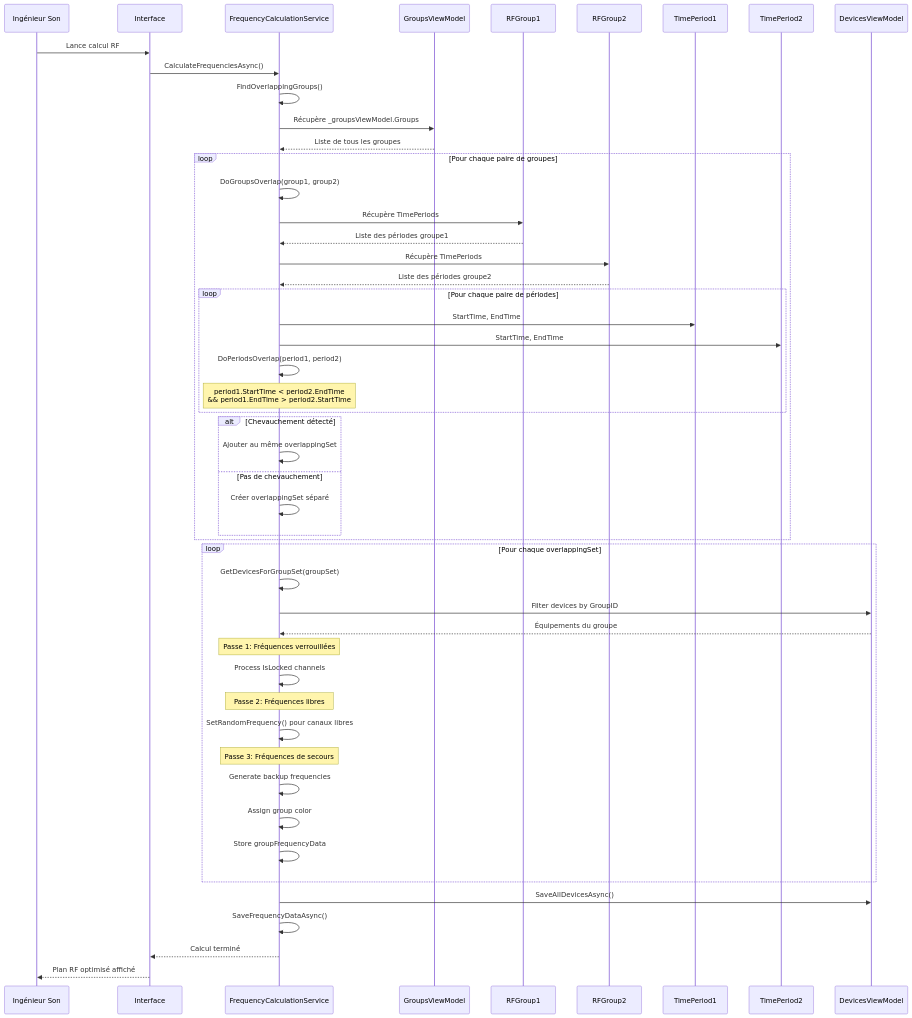
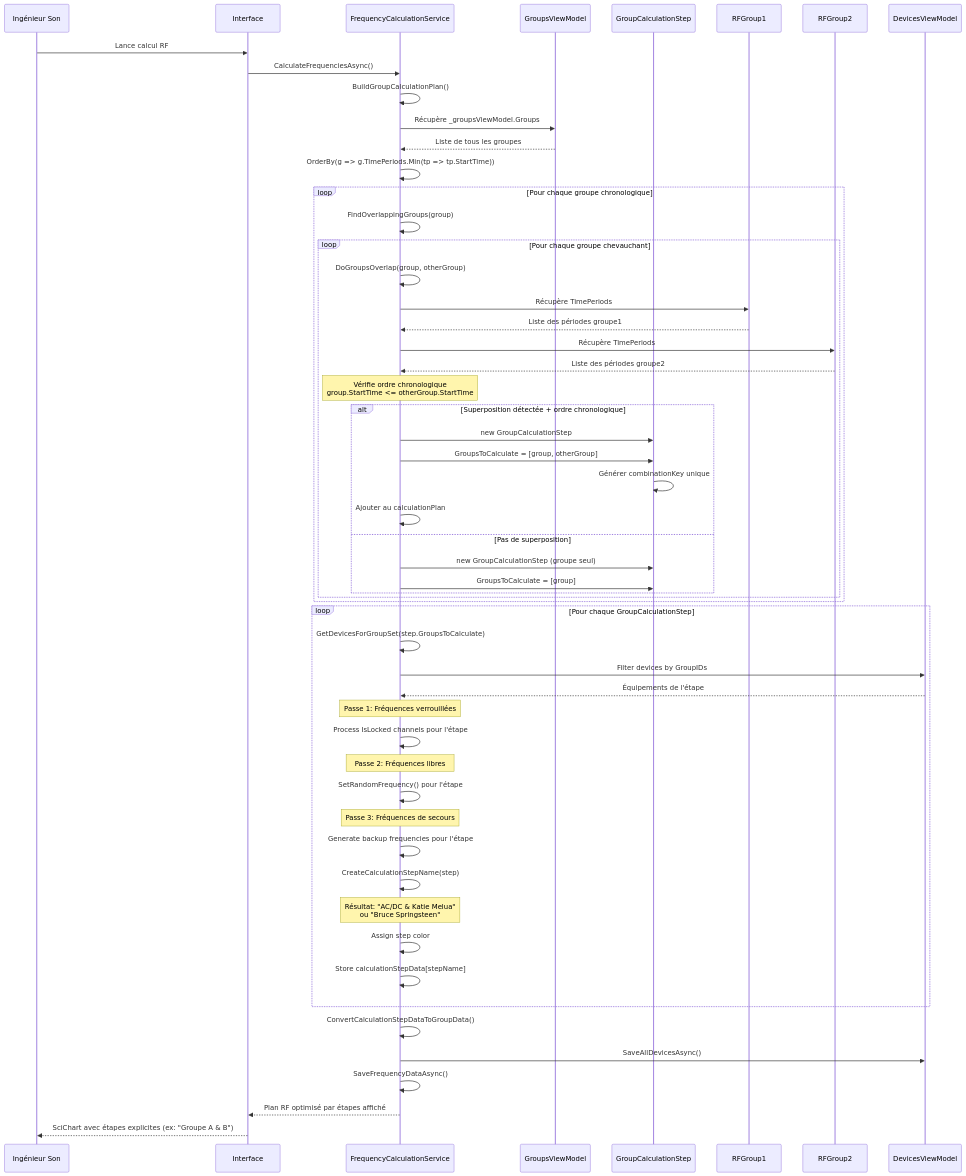
One commit to Beatwen/RF_Go changed the first of 2 diagrams in docusaurus/docs/uml-analysis/use-cases/uc-007.md. Above: the diagram before and after it, drawn with Mermaid. The commit also changed other lines of this file and 17 other files, not shown here.

Commit message:
Better handling of groups : when deleting a group, devices get to a new group. Groups calculation is better.  When adding device, you can assign them to groups.

````diff
--- a/docusaurus/docs/uml-analysis/use-cases/uc-007.md
+++ b/docusaurus/docs/uml-analysis/use-cases/uc-007.md
@@ -116,63 +120,70 @@
 ```mermaid
 sequenceDiagram
     participant IS as Ingénieur Son
     participant UI as Interface
     participant FCS as FrequencyCalculationService
     participant GVM as GroupsViewModel
+    participant GCS as GroupCalculationStep
     participant RFG1 as RFGroup1
     participant RFG2 as RFGroup2
-    participant TP1 as TimePeriod1
-    participant TP2 as TimePeriod2
     participant DVM as DevicesViewModel
 
     IS->>UI: Lance calcul RF
     UI->>FCS: CalculateFrequenciesAsync()
-    FCS->>FCS: FindOverlappingGroups()
+    FCS->>FCS: BuildGroupCalculationPlan()
     
     FCS->>GVM: Récupère _groupsViewModel.Groups
     GVM-->>FCS: Liste de tous les groupes
+    FCS->>FCS: OrderBy(g => g.TimePeriods.Min(tp => tp.StartTime))
     
-    loop Pour chaque paire de groupes
-        FCS->>FCS: DoGroupsOverlap(group1, group2)
-        FCS->>RFG1: Récupère TimePeriods
-        RFG1-->>FCS: Liste des périodes groupe1
-        FCS->>RFG2: Récupère TimePeriods
-        RFG2-->>FCS: Liste des périodes groupe2
+    loop Pour chaque groupe chronologique
+        FCS->>FCS: FindOverlappingGroups(group)
         
-        loop Pour chaque paire de périodes
-            FCS->>TP1: StartTime, EndTime
-            FCS->>TP2: StartTime, EndTime
-            FCS->>FCS: DoPeriodsOverlap(period1, period2)
-            Note over FCS: period1.StartTime < period2.EndTime<br/>&& period1.EndTime > period2.StartTime
-        end
-        
-        alt Chevauchement détecté
-            FCS->>FCS: Ajouter au même overlappingSet
-        else Pas de chevauchement
-            FCS->>FCS: Créer overlappingSet séparé
+        loop Pour chaque groupe chevauchant
+            FCS->>FCS: DoGroupsOverlap(group, otherGroup)
+            FCS->>RFG1: Récupère TimePeriods
+            RFG1-->>FCS: Liste des périodes groupe1
+            FCS->>RFG2: Récupère TimePeriods
+            RFG2-->>FCS: Liste des périodes groupe2
+            
+            Note over FCS: Vérifie ordre chronologique<br/>group.StartTime <= otherGroup.StartTime
+            
+            alt Superposition détectée + ordre chronologique
+                FCS->>GCS: new GroupCalculationStep
+                FCS->>GCS: GroupsToCalculate = [group, otherGroup]
+                GCS->>GCS: Générer combinationKey unique
+                FCS->>FCS: Ajouter au calculationPlan
+            else Pas de superposition
+                FCS->>GCS: new GroupCalculationStep (groupe seul)
+                FCS->>GCS: GroupsToCalculate = [group]
+            end
         end
     end
     
-    loop Pour chaque overlappingSet
-        FCS->>FCS: GetDevicesForGroupSet(groupSet)
-        FCS->>DVM: Filter devices by GroupID
-        DVM-->>FCS: Équipements du groupe
+    loop Pour chaque GroupCalculationStep
+        FCS->>FCS: GetDevicesForGroupSet(step.GroupsToCalculate)
+        FCS->>DVM: Filter devices by GroupIDs
+        DVM-->>FCS: Équipements de l'étape
         
         Note over FCS: Passe 1: Fréquences verrouillées
-        FCS->>FCS: Process IsLocked channels
+        FCS->>FCS: Process IsLocked channels pour l'étape
         
         Note over FCS: Passe 2: Fréquences libres
-        FCS->>FCS: SetRandomFrequency() pour canaux libres
+        FCS->>FCS: SetRandomFrequency() pour l'étape
         
         Note over FCS: Passe 3: Fréquences de secours
-        FCS->>FCS: Generate backup frequencies
+        FCS->>FCS: Generate backup frequencies pour l'étape
         
-        FCS->>FCS: Assign group color
-        FCS->>FCS: Store groupFrequencyData
+        FCS->>FCS: CreateCalculationStepName(step)
+        Note over FCS: Résultat: "AC/DC & Katie Melua"<br/>ou "Bruce Springsteen"
+        
+        FCS->>FCS: Assign step color
+        FCS->>FCS: Store calculationStepData[stepName]
     end
     
+    FCS->>FCS: ConvertCalculationStepDataToGroupData()
     FCS->>DVM: SaveAllDevicesAsync()
     FCS->>FCS: SaveFrequencyDataAsync()
-    FCS-->>UI: Calcul terminé
-    UI-->>IS: Plan RF optimisé affiché
+    FCS-->>UI: Plan RF optimisé par étapes affiché
+    UI-->>IS: SciChart avec étapes explicites (ex: "Groupe A & B")
 ```
````
